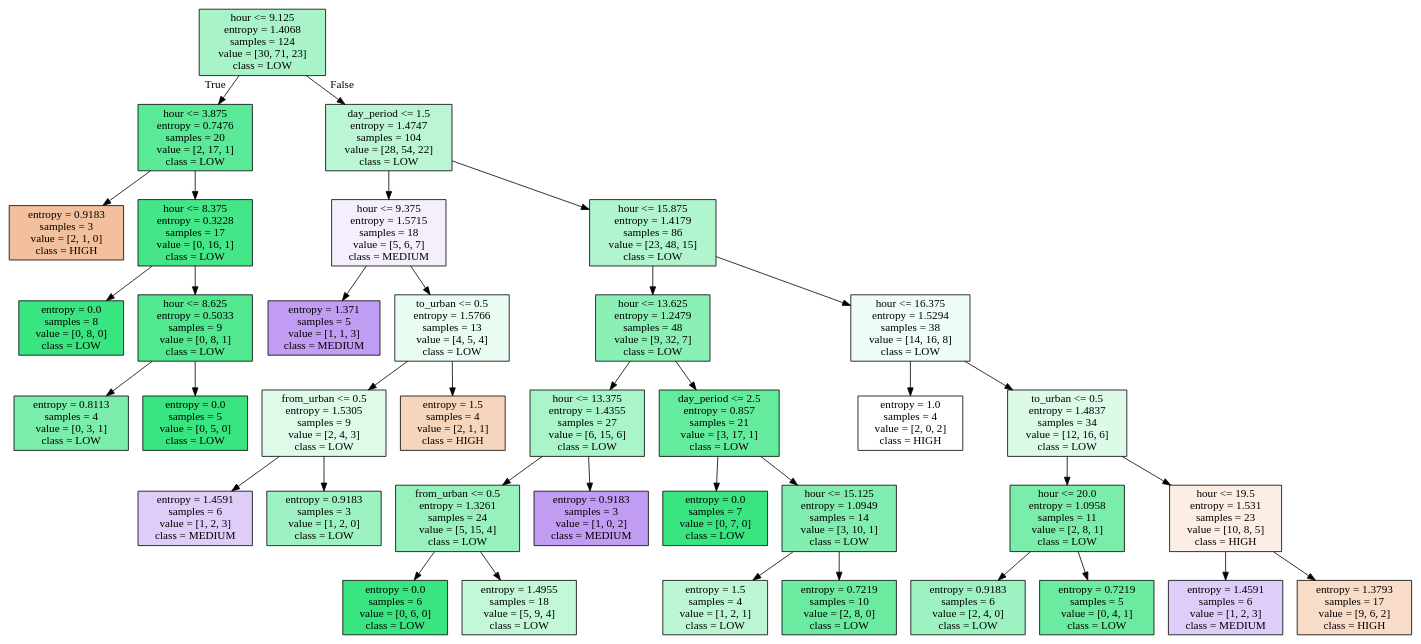
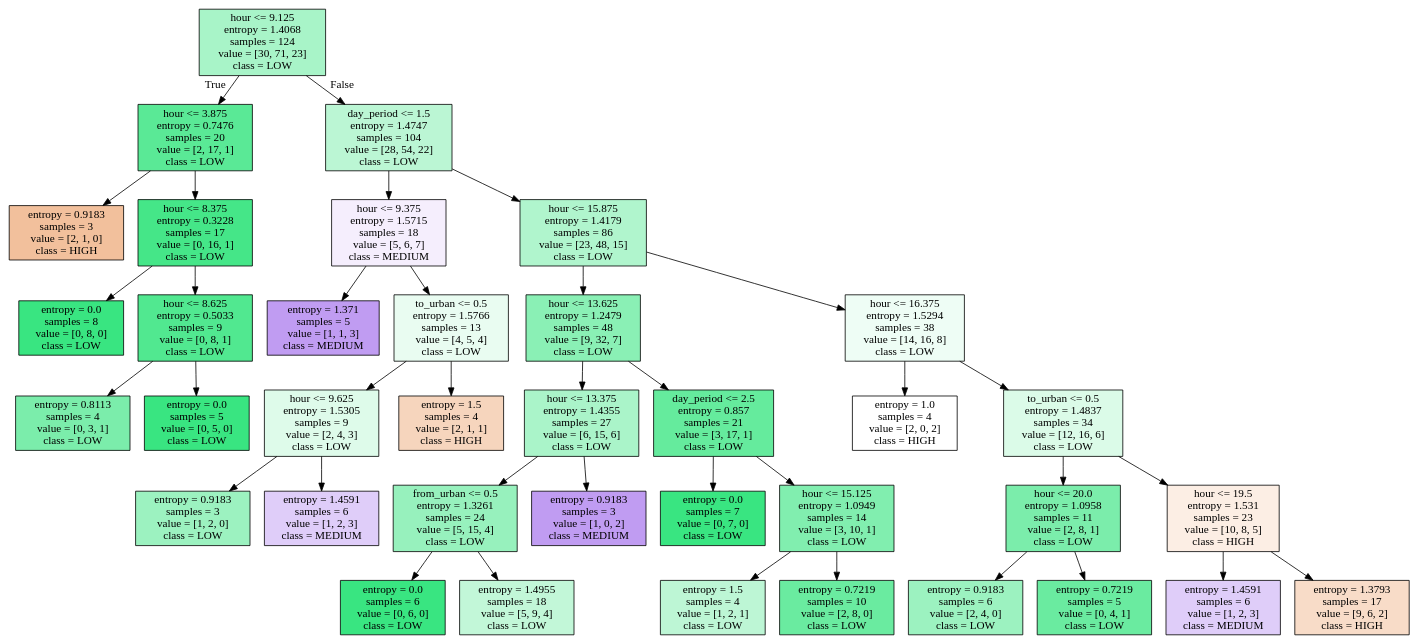
Before and after one commit to alexdaube/BelgianTrainsOccupancy: the diagram in SATURDAY_iris.dot, drawn with Graphviz. The commit also changed 4 other files, not shown here.

```diff
--- a/SATURDAY_iris.dot
+++ b/SATURDAY_iris.dot
@@ -1,76 +1,76 @@
 digraph Tree {
 node [shape=box, style="filled", color="black"] ;
 0 [label="hour <= 9.125\nentropy = 1.4068\nsamples = 124\nvalue = [30, 71, 23]\nclass = LOW", fillcolor="#39e5816f"] ;
 1 [label="hour <= 3.875\nentropy = 0.7476\nsamples = 20\nvalue = [2, 17, 1]\nclass = LOW", fillcolor="#39e581d4"] ;
 0 -> 1 [labeldistance=2.5, labelangle=45, headlabel="True"] ;
 2 [label="entropy = 0.9183\nsamples = 3\nvalue = [2, 1, 0]\nclass = HIGH", fillcolor="#e581397f"] ;
 1 -> 2 ;
 3 [label="hour <= 8.375\nentropy = 0.3228\nsamples = 17\nvalue = [0, 16, 1]\nclass = LOW", fillcolor="#39e581ef"] ;
 1 -> 3 ;
 4 [label="entropy = 0.0\nsamples = 8\nvalue = [0, 8, 0]\nclass = LOW", fillcolor="#39e581ff"] ;
 3 -> 4 ;
 5 [label="hour <= 8.625\nentropy = 0.5033\nsamples = 9\nvalue = [0, 8, 1]\nclass = LOW", fillcolor="#39e581df"] ;
 3 -> 5 ;
 6 [label="entropy = 0.8113\nsamples = 4\nvalue = [0, 3, 1]\nclass = LOW", fillcolor="#39e581aa"] ;
 5 -> 6 ;
 7 [label="entropy = 0.0\nsamples = 5\nvalue = [0, 5, 0]\nclass = LOW", fillcolor="#39e581ff"] ;
 5 -> 7 ;
 8 [label="day_period <= 1.5\nentropy = 1.4747\nsamples = 104\nvalue = [28, 54, 22]\nclass = LOW", fillcolor="#39e58157"] ;
 0 -> 8 [labeldistance=2.5, labelangle=-45, headlabel="False"] ;
 9 [label="hour <= 9.375\nentropy = 1.5715\nsamples = 18\nvalue = [5, 6, 7]\nclass = MEDIUM", fillcolor="#8139e515"] ;
 8 -> 9 ;
 10 [label="entropy = 1.371\nsamples = 5\nvalue = [1, 1, 3]\nclass = MEDIUM", fillcolor="#8139e57f"] ;
 9 -> 10 ;
 11 [label="to_urban <= 0.5\nentropy = 1.5766\nsamples = 13\nvalue = [4, 5, 4]\nclass = LOW", fillcolor="#39e5811c"] ;
 9 -> 11 ;
-12 [label="from_urban <= 0.5\nentropy = 1.5305\nsamples = 9\nvalue = [2, 4, 3]\nclass = LOW", fillcolor="#39e5812a"] ;
+12 [label="hour <= 9.625\nentropy = 1.5305\nsamples = 9\nvalue = [2, 4, 3]\nclass = LOW", fillcolor="#39e5812a"] ;
 11 -> 12 ;
-13 [label="entropy = 1.4591\nsamples = 6\nvalue = [1, 2, 3]\nclass = MEDIUM", fillcolor="#8139e540"] ;
+13 [label="entropy = 0.9183\nsamples = 3\nvalue = [1, 2, 0]\nclass = LOW", fillcolor="#39e5817f"] ;
 12 -> 13 ;
-14 [label="entropy = 0.9183\nsamples = 3\nvalue = [1, 2, 0]\nclass = LOW", fillcolor="#39e5817f"] ;
+14 [label="entropy = 1.4591\nsamples = 6\nvalue = [1, 2, 3]\nclass = MEDIUM", fillcolor="#8139e540"] ;
 12 -> 14 ;
 15 [label="entropy = 1.5\nsamples = 4\nvalue = [2, 1, 1]\nclass = HIGH", fillcolor="#e5813955"] ;
 11 -> 15 ;
 16 [label="hour <= 15.875\nentropy = 1.4179\nsamples = 86\nvalue = [23, 48, 15]\nclass = LOW", fillcolor="#39e58165"] ;
 8 -> 16 ;
 17 [label="hour <= 13.625\nentropy = 1.2479\nsamples = 48\nvalue = [9, 32, 7]\nclass = LOW", fillcolor="#39e58196"] ;
 16 -> 17 ;
 18 [label="hour <= 13.375\nentropy = 1.4355\nsamples = 27\nvalue = [6, 15, 6]\nclass = LOW", fillcolor="#39e5816d"] ;
 17 -> 18 ;
 19 [label="from_urban <= 0.5\nentropy = 1.3261\nsamples = 24\nvalue = [5, 15, 4]\nclass = LOW", fillcolor="#39e58186"] ;
 18 -> 19 ;
 20 [label="entropy = 0.0\nsamples = 6\nvalue = [0, 6, 0]\nclass = LOW", fillcolor="#39e581ff"] ;
 19 -> 20 ;
 21 [label="entropy = 1.4955\nsamples = 18\nvalue = [5, 9, 4]\nclass = LOW", fillcolor="#39e5814e"] ;
 19 -> 21 ;
 22 [label="entropy = 0.9183\nsamples = 3\nvalue = [1, 0, 2]\nclass = MEDIUM", fillcolor="#8139e57f"] ;
 18 -> 22 ;
 23 [label="day_period <= 2.5\nentropy = 0.857\nsamples = 21\nvalue = [3, 17, 1]\nclass = LOW", fillcolor="#39e581c6"] ;
 17 -> 23 ;
 24 [label="entropy = 0.0\nsamples = 7\nvalue = [0, 7, 0]\nclass = LOW", fillcolor="#39e581ff"] ;
 23 -> 24 ;
 25 [label="hour <= 15.125\nentropy = 1.0949\nsamples = 14\nvalue = [3, 10, 1]\nclass = LOW", fillcolor="#39e581a2"] ;
 23 -> 25 ;
 26 [label="entropy = 1.5\nsamples = 4\nvalue = [1, 2, 1]\nclass = LOW", fillcolor="#39e58155"] ;
 25 -> 26 ;
 27 [label="entropy = 0.7219\nsamples = 10\nvalue = [2, 8, 0]\nclass = LOW", fillcolor="#39e581bf"] ;
 25 -> 27 ;
 28 [label="hour <= 16.375\nentropy = 1.5294\nsamples = 38\nvalue = [14, 16, 8]\nclass = LOW", fillcolor="#39e58115"] ;
 16 -> 28 ;
 29 [label="entropy = 1.0\nsamples = 4\nvalue = [2, 0, 2]\nclass = HIGH", fillcolor="#e5813900"] ;
 28 -> 29 ;
 30 [label="to_urban <= 0.5\nentropy = 1.4837\nsamples = 34\nvalue = [12, 16, 6]\nclass = LOW", fillcolor="#39e5812e"] ;
 28 -> 30 ;
 31 [label="hour <= 20.0\nentropy = 1.0958\nsamples = 11\nvalue = [2, 8, 1]\nclass = LOW", fillcolor="#39e581aa"] ;
 30 -> 31 ;
 32 [label="entropy = 0.9183\nsamples = 6\nvalue = [2, 4, 0]\nclass = LOW", fillcolor="#39e5817f"] ;
 31 -> 32 ;
 33 [label="entropy = 0.7219\nsamples = 5\nvalue = [0, 4, 1]\nclass = LOW", fillcolor="#39e581bf"] ;
 31 -> 33 ;
 34 [label="hour <= 19.5\nentropy = 1.531\nsamples = 23\nvalue = [10, 8, 5]\nclass = HIGH", fillcolor="#e5813922"] ;
 30 -> 34 ;
 35 [label="entropy = 1.4591\nsamples = 6\nvalue = [1, 2, 3]\nclass = MEDIUM", fillcolor="#8139e540"] ;
 34 -> 35 ;
 36 [label="entropy = 1.3793\nsamples = 17\nvalue = [9, 6, 2]\nclass = HIGH", fillcolor="#e5813946"] ;
 34 -> 36 ;
 }
```
